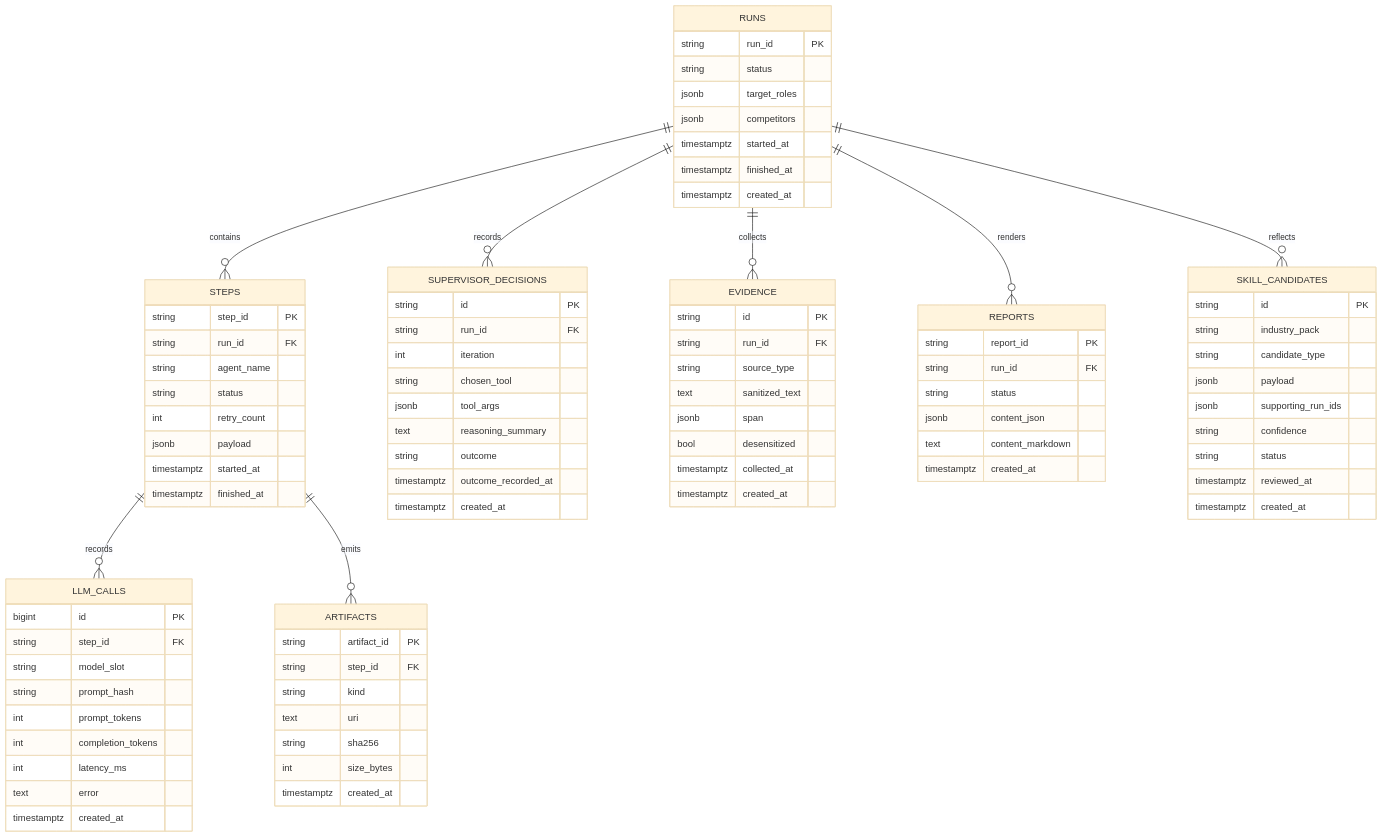
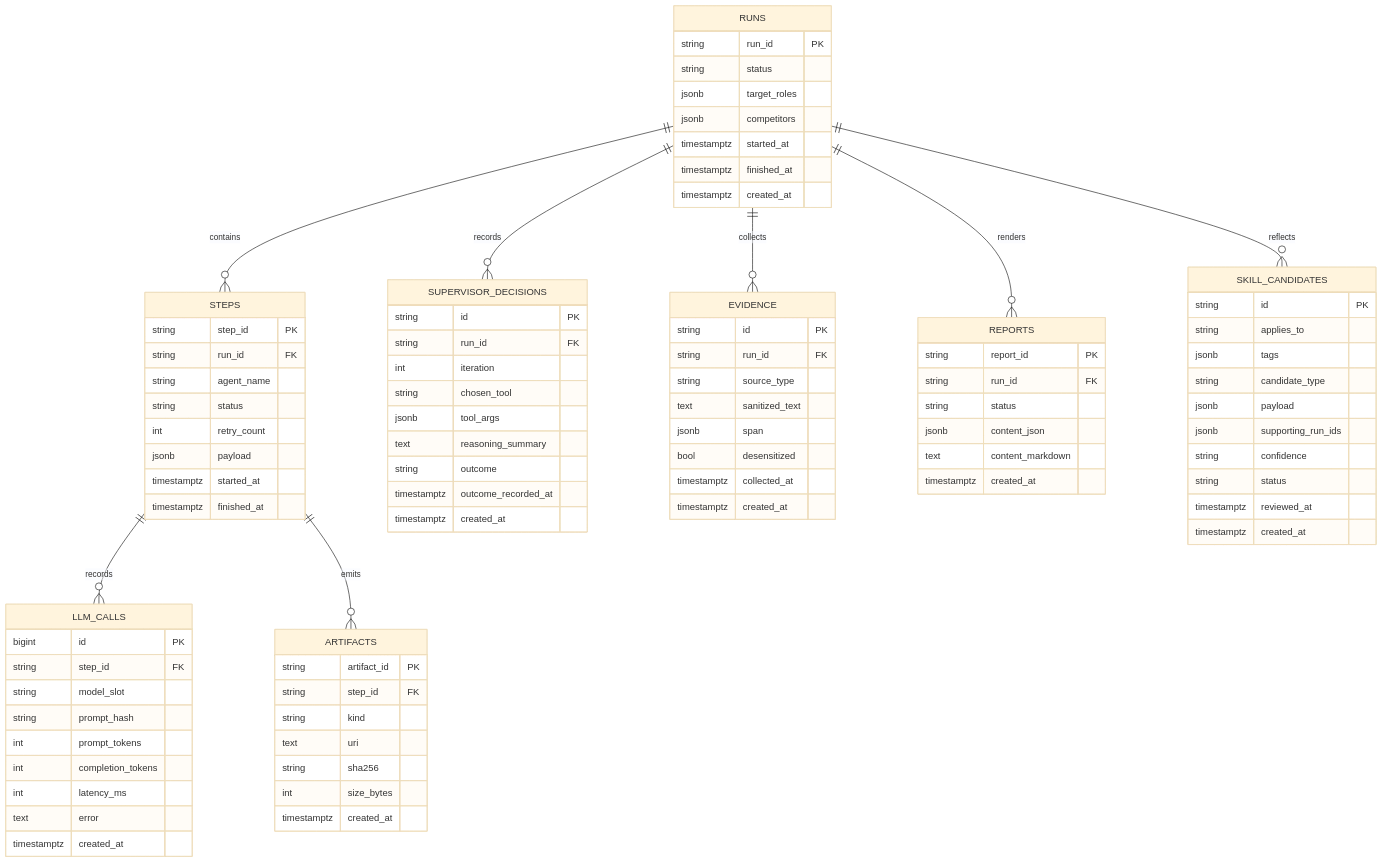
Before and after one commit to wanghong5233/RivalLens: the second of 2 diagrams in docs/impl/01-persistence-flow.md, drawn with Mermaid (base theme). The commit also changed other lines of this file and 105 other files, not shown here.

First line of the commit message:
feat(agent): replace industry_pack with agent-native skill axes

```diff
--- a/docs/impl/01-persistence-flow.md
+++ b/docs/impl/01-persistence-flow.md
@@ -116,7 +116,8 @@
   }
   SKILL_CANDIDATES {
     string id PK
-    string industry_pack
+    string applies_to
+    jsonb tags
     string candidate_type
     jsonb payload
     jsonb supporting_run_ids
```
